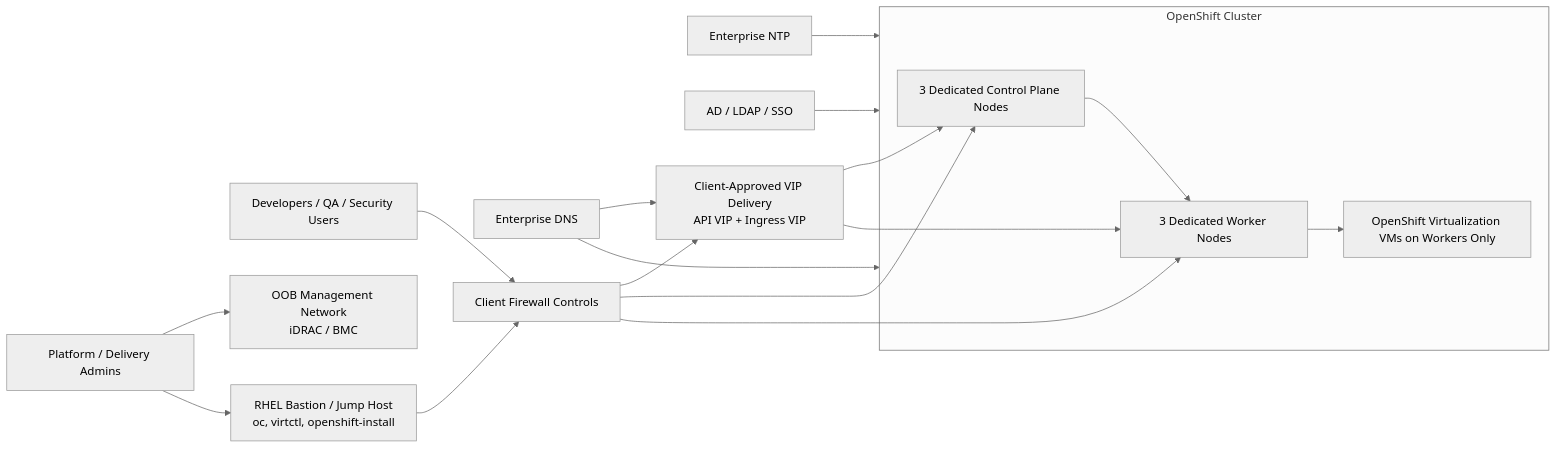
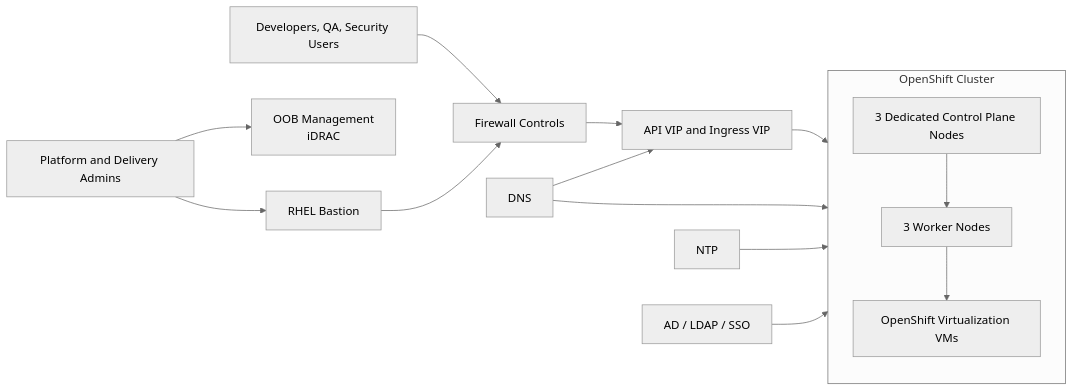
The second of 2 diagrams in InfraSetup/01-Execution-Plans/01-openshift-virtualization-dev-execution-plan.md (thamaranasatish/inf-setup), drawn with Mermaid (neutral theme) before and after one commit. The commit also changed other lines of this file, not shown here.

````diff
--- a/InfraSetup/01-Execution-Plans/01-openshift-virtualization-dev-execution-plan.md
+++ b/InfraSetup/01-Execution-Plans/01-openshift-virtualization-dev-execution-plan.md
@@ -78,34 +65,31 @@
 ```mermaid
 flowchart LR
-    Admin[Platform / Delivery Admins]
-    DevUsers[Developers / QA / Security Users]
-    OOB[OOB Management Network<br/>iDRAC / BMC]
-    Jump[RHEL Bastion / Jump Host<br/>oc, virtctl, openshift-install]
-    DNS[Enterprise DNS]
-    NTP[Enterprise NTP]
+    Users[Developers, QA, Security Users]
+    Admin[Platform and Delivery Admins]
+    OOB[OOB Management<br/>iDRAC]
+    Jump[RHEL Bastion]
+    FW[Firewall Controls]
+    VIP[API VIP and Ingress VIP]
+    DNS[DNS]
+    NTP[NTP]
     IDP[AD / LDAP / SSO]
-    FW[Client Firewall Controls]
-    LB[Client-Approved VIP Delivery<br/>API VIP + Ingress VIP]
 
     subgraph OCP[OpenShift Cluster]
         CP[3 Dedicated Control Plane Nodes]
-        WK[3 Dedicated Worker Nodes]
-        VMS[OpenShift Virtualization VMs on Workers Only]
+        WK[3 Worker Nodes]
+        VMS[OpenShift Virtualization VMs]
         CP --> WK
         WK --> VMS
     end
 
     Admin --> OOB
     Admin --> Jump
-    DevUsers --> FW
+    Users --> FW
     Jump --> FW
-    FW --> LB
-    FW --> CP
-    FW --> WK
-    DNS --> LB
+    FW --> VIP
+    VIP --> OCP
+    DNS --> VIP
     DNS --> OCP
     NTP --> OCP
     IDP --> OCP
-    LB --> CP
-    LB --> WK
 ```
````
